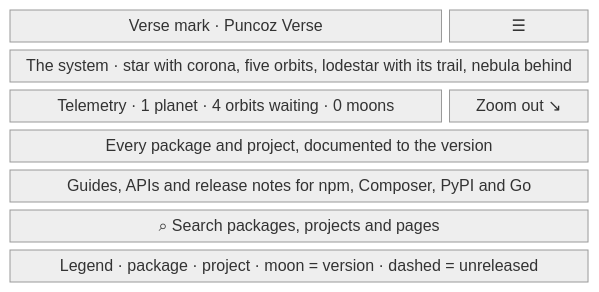
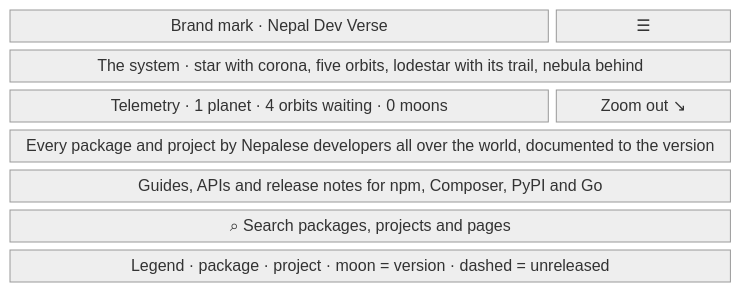
One commit to nepal-dev-com/docs.nepal-dev.com changed the second of 3 diagrams in content/docs/maintain/app-flow/living-hero.mdx. Above: the diagram before and after it, drawn with Mermaid (neutral theme). The commit also changed other lines of this file and 145 other files, not shown here.

Commit message:
nepal dev docs

````diff
--- a/content/docs/maintain/app-flow/living-hero.mdx
+++ b/content/docs/maintain/app-flow/living-hero.mdx
@@ -54,11 +54,11 @@
 ```mermaid
 block-beta
   columns 4
-  mark["Verse mark · Puncoz Verse"]:3 menu["☰"]
+  mark["Brand mark · Nepal Dev Verse"]:3 menu["☰"]
   system["The system · star with corona, five orbits, lodestar with its trail, nebula behind"]:4
   caption["Telemetry · 1 planet · 4 orbits waiting · 0 moons"]:3 zoom["Zoom out ↘"]:1
-  head["Every package and project, documented to the version"]:4
+  head["Every package and project by Nepalese developers all over the world, documented to the version"]:4
   sub["Guides, APIs and release notes for npm, Composer, PyPI and Go"]:4
   search["⌕ Search packages, projects and pages"]:4
   legend["Legend · package · project · moon = version · dashed = unreleased"]:4
 ```
````
